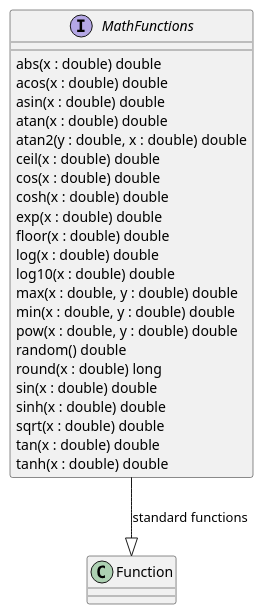
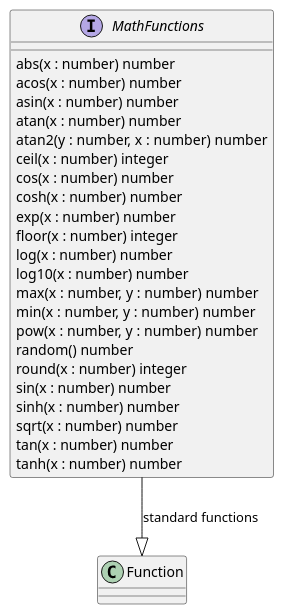
One commit to opengeospatial/cartographic-symbology changed the second of 4 diagrams in 1-core/sections/clause_15_functions.adoc. Above: the diagram before and after it, drawn with PlantUML. The commit also changed other lines of this file and 16 other files, not shown here.

First line of the commit message:
Use string, number, integer and boolean as data types in Part 1

```diff
--- a/1-core/sections/clause_15_functions.adoc
+++ b/1-core/sections/clause_15_functions.adoc
@@ -67,29 +67,29 @@
 [plantuml, target=diagram-classes, format=png]
 ....
 @startuml
 interface MathFunctions
 MathFunctions --|> Function : standard functions
-MathFunctions : abs(x : double) double
-MathFunctions : acos(x : double) double
-MathFunctions : asin(x : double) double
-MathFunctions : atan(x : double) double
-MathFunctions : atan2(y : double, x : double) double
-MathFunctions : ceil(x : double) double
-MathFunctions : cos(x : double) double
-MathFunctions : cosh(x : double) double
-MathFunctions : exp(x : double) double
-MathFunctions : floor(x : double) double
-MathFunctions : log(x : double) double
-MathFunctions : log10(x : double) double
-MathFunctions : max(x : double, y : double) double
-MathFunctions : min(x : double, y : double) double
-MathFunctions : pow(x : double, y : double) double
-MathFunctions : random() double
-MathFunctions : round(x : double) long
-MathFunctions : sin(x : double) double
-MathFunctions : sinh(x : double) double
-MathFunctions : sqrt(x : double) double
-MathFunctions : tan(x : double) double
-MathFunctions : tanh(x : double) double
+MathFunctions : abs(x : number) number
+MathFunctions : acos(x : number) number
+MathFunctions : asin(x : number) number
+MathFunctions : atan(x : number) number
+MathFunctions : atan2(y : number, x : number) number
+MathFunctions : ceil(x : number) integer
+MathFunctions : cos(x : number) number
+MathFunctions : cosh(x : number) number
+MathFunctions : exp(x : number) number
+MathFunctions : floor(x : number) integer
+MathFunctions : log(x : number) number
+MathFunctions : log10(x : number) number
+MathFunctions : max(x : number, y : number) number
+MathFunctions : min(x : number, y : number) number
+MathFunctions : pow(x : number, y : number) number
+MathFunctions : random() number
+MathFunctions : round(x : number) integer
+MathFunctions : sin(x : number) number
+MathFunctions : sinh(x : number) number
+MathFunctions : sqrt(x : number) number
+MathFunctions : tan(x : number) number
+MathFunctions : tanh(x : number) number
 @enduml
 ....
```
